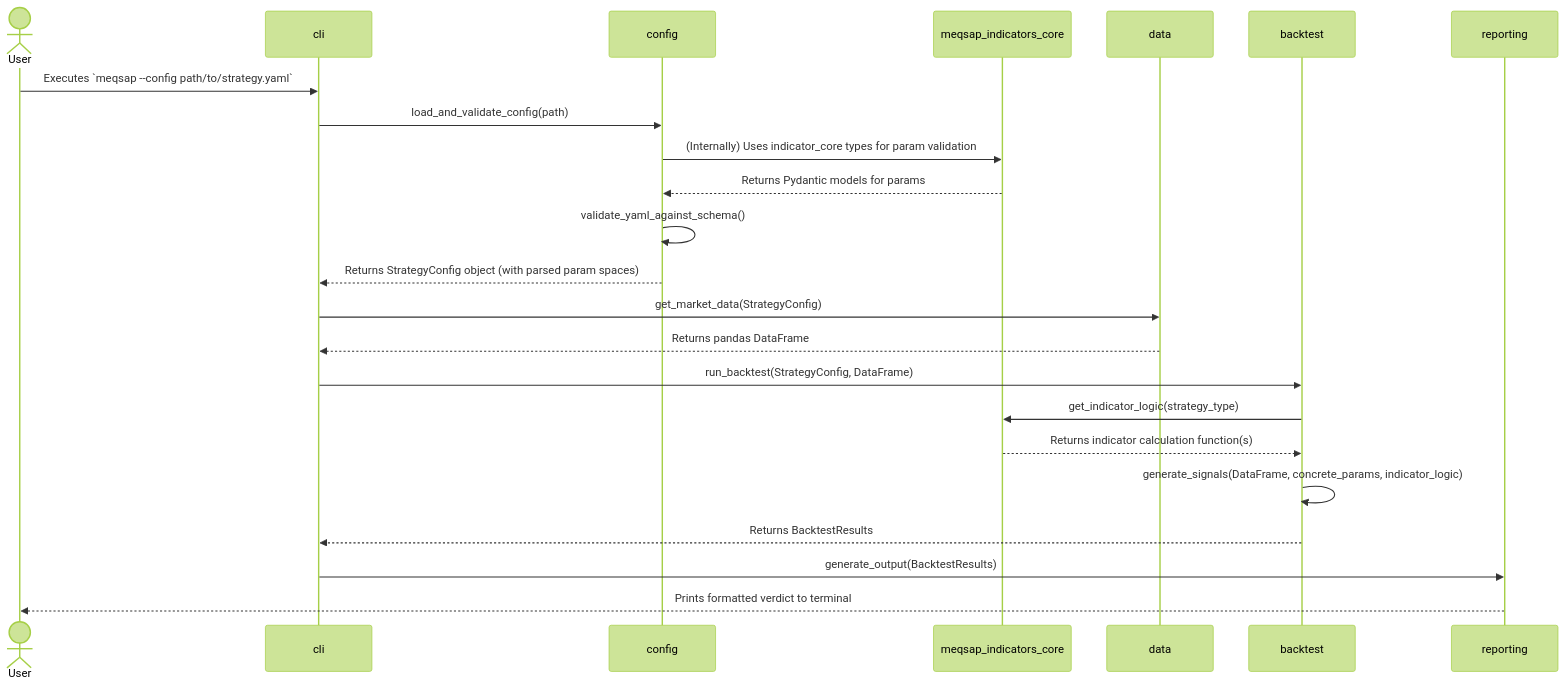
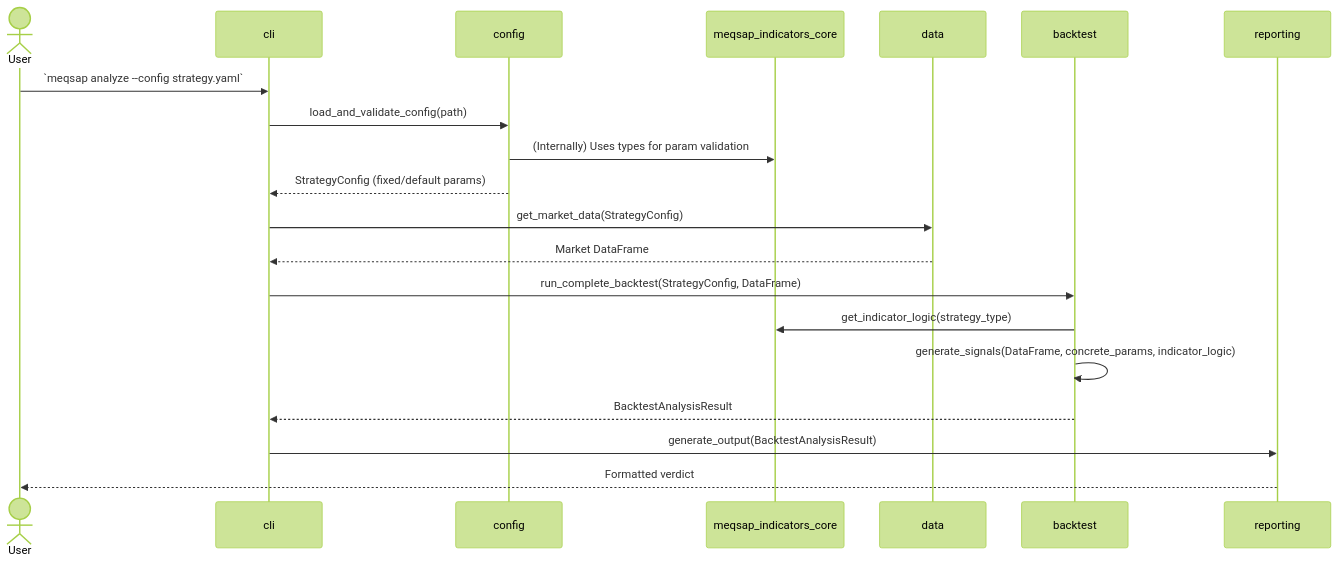
Before and after one commit to vijayanajay/simplest: the second of 3 diagrams in docs/architecture.md, drawn with Mermaid (forest theme). The commit also changed other lines of this file and 2 other files, not shown here.

````diff
--- a/docs/architecture.md
+++ b/docs/architecture.md
@@ -315,29 +319,23 @@
 ```mermaid
 sequenceDiagram
     actor User
     participant CLI as cli
     participant Config as config
     participant IndicatorsCore as meqsap_indicators_core
     participant Data as data
     participant Backtest as backtest
     participant Reporting as reporting
 
-    User->>CLI: Executes `meqsap --config path/to/strategy.yaml`
+    User->>CLI: `meqsap analyze --config strategy.yaml`
     CLI->>Config: load_and_validate_config(path)
-    Config->>IndicatorsCore: (Internally) Uses indicator_core types for param validation
-    IndicatorsCore-->>Config: Returns Pydantic models for params
-    Config->>Config: validate_yaml_against_schema()
-    Config-->>CLI: Returns StrategyConfig object (with parsed param spaces)
-
-    CLI->>Data: get_market_data(StrategyConfig) # Considers max lookback from param ranges
-    Data-->>CLI: Returns pandas DataFrame
-
-    CLI->>Backtest: run_backtest(StrategyConfig, DataFrame)
+    Config->>IndicatorsCore: (Internally) Uses types for param validation
+    Config-->>CLI: StrategyConfig (fixed/default params)
+    CLI->>Data: get_market_data(StrategyConfig)
+    Data-->>CLI: Market DataFrame
+    CLI->>Backtest: run_complete_backtest(StrategyConfig, DataFrame)
     Backtest->>IndicatorsCore: get_indicator_logic(strategy_type)
-    IndicatorsCore-->>Backtest: Returns indicator calculation function(s)
     Backtest->>Backtest: generate_signals(DataFrame, concrete_params, indicator_logic)
-    Backtest-->>CLI: Returns BacktestResults
-
-    CLI->>Reporting: generate_output(BacktestResults)
-    Reporting-->>User: Prints formatted verdict to terminal
+    Backtest-->>CLI: BacktestAnalysisResult
+    CLI->>Reporting: generate_output(BacktestAnalysisResult)
+    Reporting-->>User: Formatted verdict
 ```
````
